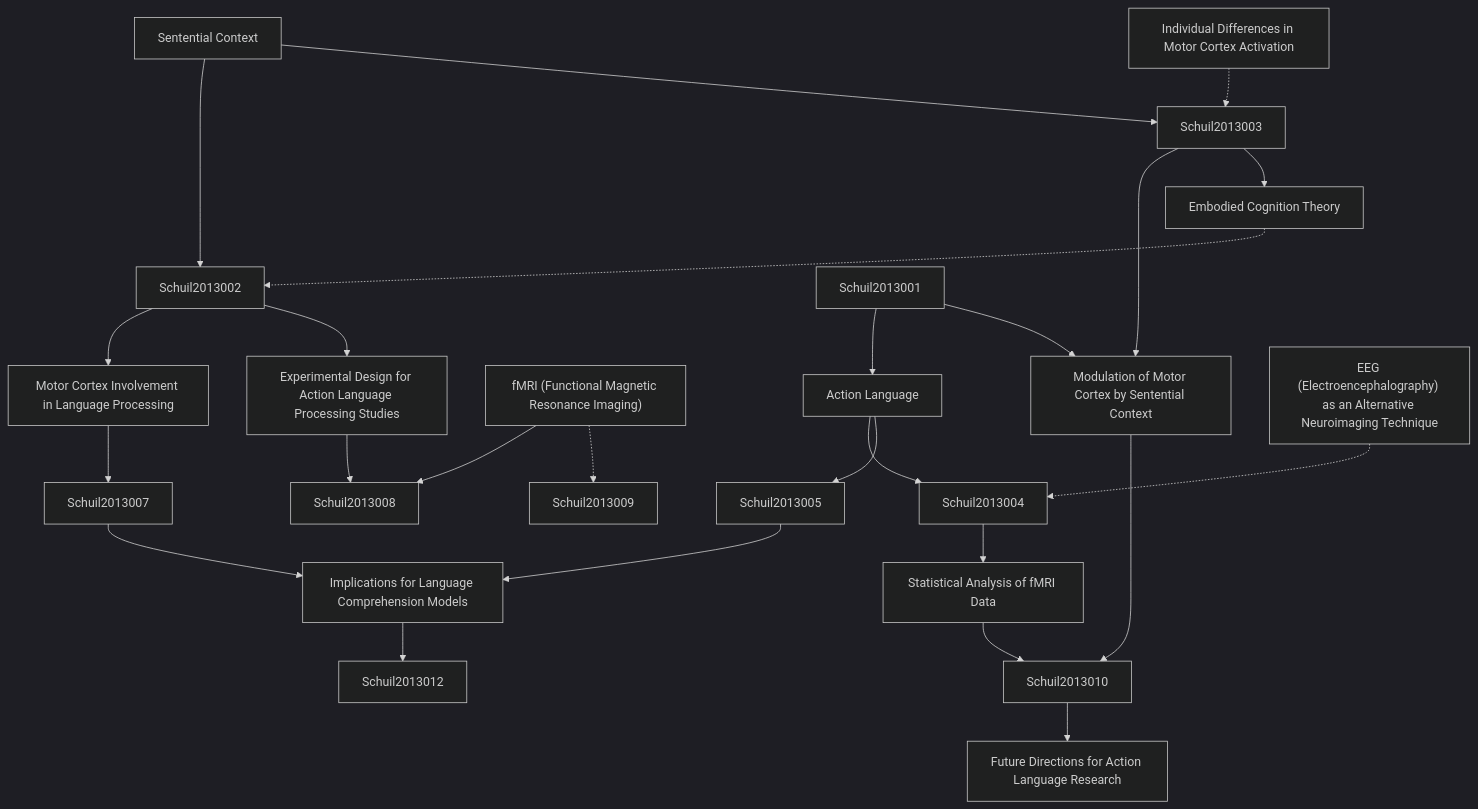
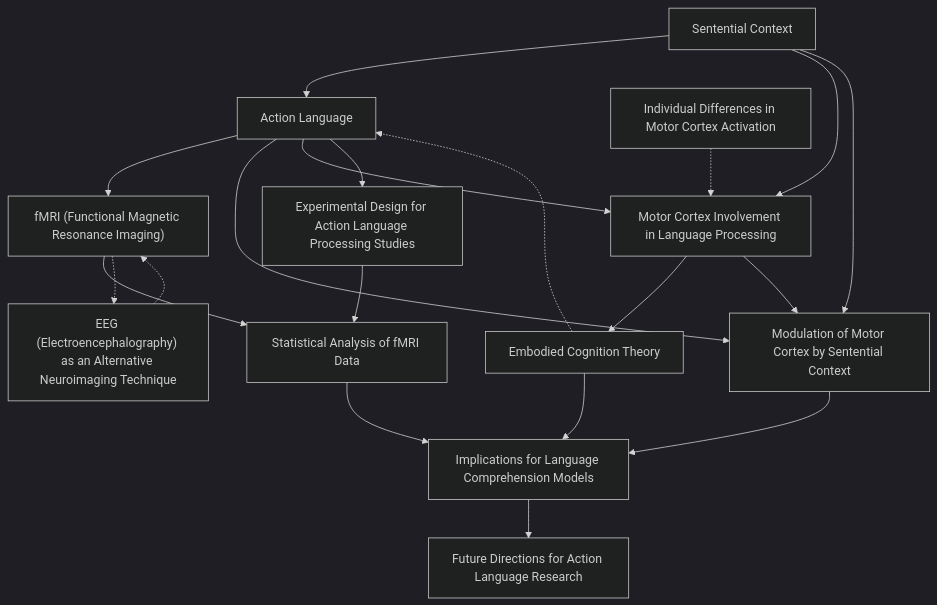
The diagram in output/zettelkasten_notes/zettel_Schuil-2013_20251104/zettel_index.md (SCgeeker/Claude_Journal_Club_Agents), drawn with Mermaid (dark theme) before and after one commit. The commit also changed 776 other files, not shown here.

````diff
--- a/output/zettelkasten_notes/zettel_Schuil-2013_20251104/zettel_index.md
+++ b/output/zettelkasten_notes/zettel_Schuil-2013_20251104/zettel_index.md
@@ -92,76 +92,71 @@
 ```mermaid
 graph TD
 
     Schuil-2013-001["Sentential Context"]
 
     Schuil-2013-002["Action Language"]
 
     Schuil-2013-003["Motor Cortex Involvement in Language Processing"]
 
     Schuil-2013-004["fMRI (Functional Magnetic Resonance Imaging)"]
 
     Schuil-2013-005["Modulation of Motor Cortex by Sentential Context"]
 
     Schuil-2013-006["Experimental Design for Action Language Processing Studies"]
 
     Schuil-2013-007["Embodied Cognition Theory"]
 
     Schuil-2013-008["Statistical Analysis of fMRI Data"]
 
     Schuil-2013-009["EEG (Electroencephalography) as an Alternative Neuroimaging Technique"]
 
     Schuil-2013-010["Implications for Language Comprehension Models"]
 
     Schuil-2013-011["Individual Differences in Motor Cortex Activation"]
 
     Schuil-2013-012["Future Directions for Action Language Research"]
 
-    Schuil-2013-001 --> Schuil2013002
+    Schuil-2013-001 --> Schuil-2013-002
 
-    Schuil-2013-001 --> Schuil2013003
+    Schuil-2013-001 --> Schuil-2013-003
 
-    Schuil2013001 --> Schuil-2013-002
 
-    Schuil-2013-002 --> Schuil2013004
+    Schuil-2013-002 --> Schuil-2013-004
 
-    Schuil-2013-002 --> Schuil2013005
+    Schuil-2013-002 --> Schuil-2013-005
 
-    Schuil2013002 --> Schuil-2013-003
+    Schuil-2013-002 --> Schuil-2013-003
 
-    Schuil-2013-003 --> Schuil2013007
+    Schuil-2013-003 --> Schuil-2013-007
 
-    Schuil-2013-004 --> Schuil2013008
+    Schuil-2013-004 --> Schuil-2013-008
 
-    Schuil-2013-004 -.-> Schuil2013009
+    Schuil-2013-004 -.-> Schuil-2013-009
 
-    Schuil2013001 --> Schuil-2013-005
+    Schuil-2013-001 --> Schuil-2013-005
 
-    Schuil2013003 --> Schuil-2013-005
+    Schuil-2013-003 --> Schuil-2013-005
 
-    Schuil-2013-005 --> Schuil2013010
+    Schuil-2013-005 --> Schuil-2013-010
 
-    Schuil2013002 --> Schuil-2013-006
+    Schuil-2013-002 --> Schuil-2013-006
 
-    Schuil-2013-006 --> Schuil2013008
+    Schuil-2013-006 --> Schuil-2013-008
 
-    Schuil2013003 --> Schuil-2013-007
 
-    Schuil-2013-007 -.-> Schuil2013002
+    Schuil-2013-007 -.-> Schuil-2013-002
 
-    Schuil2013004 --> Schuil-2013-008
 
-    Schuil-2013-008 --> Schuil2013010
+    Schuil-2013-008 --> Schuil-2013-010
 
-    Schuil-2013-009 -.-> Schuil2013004
+    Schuil-2013-009 -.-> Schuil-2013-004
 
-    Schuil2013005 --> Schuil-2013-010
 
-    Schuil2013007 --> Schuil-2013-010
+    Schuil-2013-007 --> Schuil-2013-010
 
-    Schuil-2013-010 --> Schuil2013012
+    Schuil-2013-010 --> Schuil-2013-012
 
-    Schuil-2013-011 -.-> Schuil2013003
+    Schuil-2013-011 -.-> Schuil-2013-003
 
-    Schuil2013010 --> Schuil-2013-012
 
 ```
````
